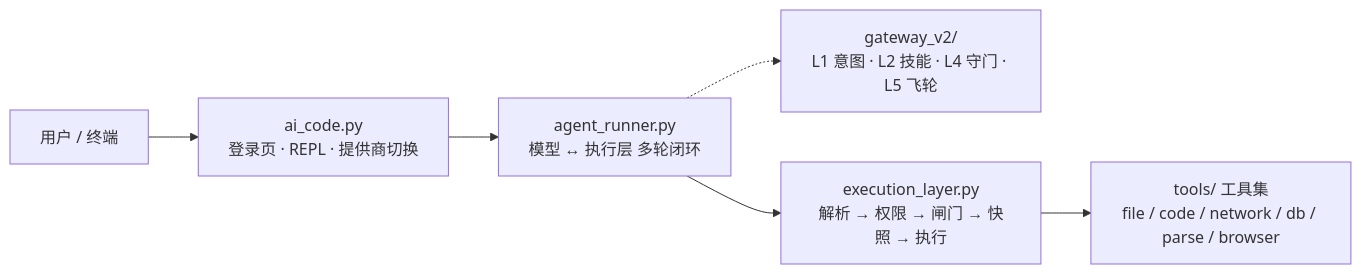
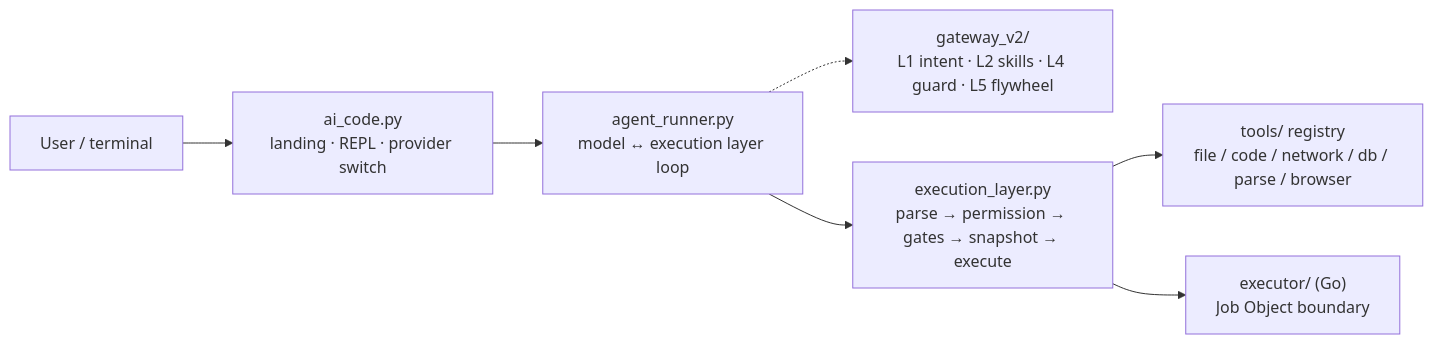
The diagram in README.md (ace-code-engine/ace-agent), drawn with Mermaid before and after one commit. The commit also changed other lines of this file and 1 other file, not shown here.

````diff
--- a/README.md
+++ b/README.md
@@ -137,11 +99,13 @@
 ```mermaid
 flowchart LR
-    U["用户 / 终端"]
-    CLI["ai_code.py<br/>登录页 · REPL · 提供商切换"]
-    LOOP["agent_runner.py<br/>模型 ↔ 执行层 多轮闭环"]
-    GW["gateway_v2/<br/>L1 意图 · L2 技能 · L4 守门 · L5 飞轮"]
-    EL["execution_layer.py<br/>解析 → 权限 → 闸门 → 快照 → 执行"]
-    T["tools/ 工具集<br/>file / code / network / db / parse / browser"]
+    U["User / terminal"]
+    CLI["ai_code.py<br/>landing · REPL · provider switch"]
+    LOOP["agent_runner.py<br/>model ↔ execution layer loop"]
+    GW["gateway_v2/<br/>L1 intent · L2 skills · L4 guard · L5 flywheel"]
+    EL["execution_layer.py<br/>parse → permission → gates → snapshot → execute"]
+    T["tools/ registry<br/>file / code / network / db / parse / browser"]
+    EX["executor/ (Go)<br/>Job Object boundary"]
     U --> CLI --> LOOP --> EL --> T
     LOOP -.-> GW
+    EL --> EX
 ```
````
